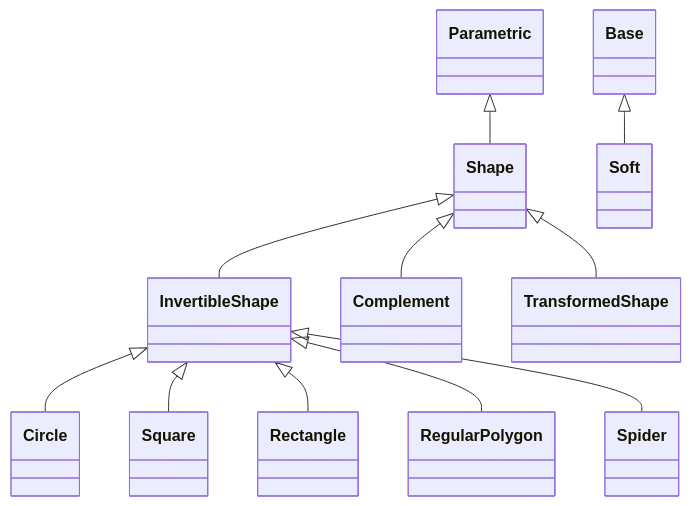
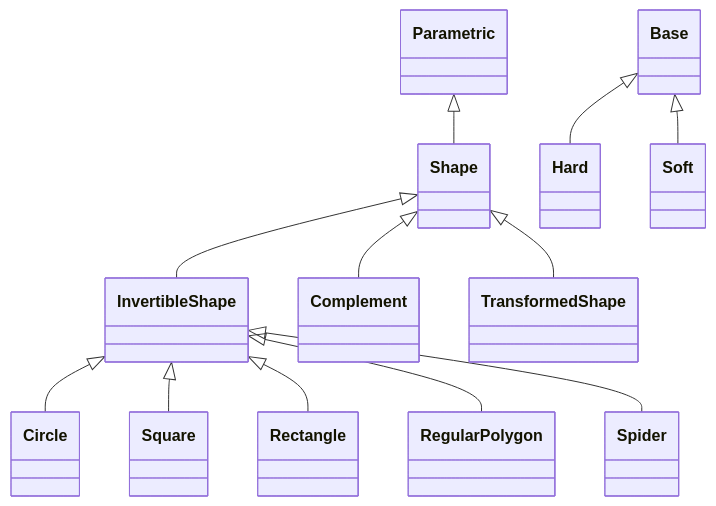
The diagram in docs/API/parametric/shapes.md (LouisDesdoigts/dLux), drawn with Mermaid before and after one commit. The commit also changed other lines of this file and 103 other files, not shown here.

````diff
--- a/docs/API/parametric/shapes.md
+++ b/docs/API/parametric/shapes.md
@@ -5,35 +5,38 @@
 ```mermaid
 classDiagram
     class dLux_parametric_shapes_Shape["Shape"]
     class dLux_parametric_shapes_InvertibleShape["InvertibleShape"]
+    class dLux_parametric_shapes_Hard["Hard"]
     class dLux_parametric_shapes_Soft["Soft"]
     class dLux_parametric_shapes_Circle["Circle"]
     class dLux_parametric_shapes_Square["Square"]
     class dLux_parametric_shapes_Rectangle["Rectangle"]
     class dLux_parametric_shapes_RegularPolygon["RegularPolygon"]
     class dLux_parametric_shapes_Spider["Spider"]
     class dLux_parametric_shapes_Complement["Complement"]
     class dLux_parametric_shapes_TransformedShape["TransformedShape"]
+    class dLux_base_Base["Base"]
     class dLux_parametric_parametrics_Parametric["Parametric"]
-    class zodiax_base_Base["Base"]
     dLux_parametric_parametrics_Parametric <|-- dLux_parametric_shapes_Shape
     click dLux_parametric_shapes_Shape href "#dLux.parametric.shapes.Shape" "Properties: extent"
     dLux_parametric_shapes_Shape <|-- dLux_parametric_shapes_InvertibleShape
     click dLux_parametric_shapes_InvertibleShape href "#dLux.parametric.shapes.InvertibleShape" "Attributes: edge, invert · Methods: evaluate(), evaluate_hard(), evaluate_soft()"
-    zodiax_base_Base <|-- dLux_parametric_shapes_Soft
+    dLux_base_Base <|-- dLux_parametric_shapes_Hard
+    click dLux_parametric_shapes_Hard href "#dLux.parametric.shapes.Hard" "No direct public attributes or methods"
+    dLux_base_Base <|-- dLux_parametric_shapes_Soft
     click dLux_parametric_shapes_Soft href "#dLux.parametric.shapes.Soft" "Attributes: pixels · Methods: clip()"
     dLux_parametric_shapes_InvertibleShape <|-- dLux_parametric_shapes_Circle
     click dLux_parametric_shapes_Circle href "#dLux.parametric.shapes.Circle" "Attributes: diameter · Properties: extent · Methods: evaluate_hard(), evaluate_soft()"
     dLux_parametric_shapes_InvertibleShape <|-- dLux_parametric_shapes_Square
     click dLux_parametric_shapes_Square href "#dLux.parametric.shapes.Square" "Attributes: width · Properties: extent · Methods: evaluate_hard(), evaluate_soft()"
     dLux_parametric_shapes_InvertibleShape <|-- dLux_parametric_shapes_Rectangle
     click dLux_parametric_shapes_Rectangle href "#dLux.parametric.shapes.Rectangle" "Attributes: width, height · Properties: extent · Methods: evaluate_hard(), evaluate_soft()"
     dLux_parametric_shapes_InvertibleShape <|-- dLux_parametric_shapes_RegularPolygon
     click dLux_parametric_shapes_RegularPolygon href "#dLux.parametric.shapes.RegularPolygon" "Attributes: diameter, nsides · Properties: extent · Methods: evaluate_hard(), evaluate_soft()"
     dLux_parametric_shapes_InvertibleShape <|-- dLux_parametric_shapes_Spider
     click dLux_parametric_shapes_Spider href "#dLux.parametric.shapes.Spider" "Attributes: width, angles · Methods: evaluate_hard(), evaluate_soft()"
     dLux_parametric_shapes_Shape <|-- dLux_parametric_shapes_Complement
     click dLux_parametric_shapes_Complement href "#dLux.parametric.shapes.Complement" "Attributes: shape · Properties: extent · Methods: evaluate()"
     dLux_parametric_shapes_Shape <|-- dLux_parametric_shapes_TransformedShape
     click dLux_parametric_shapes_TransformedShape href "#dLux.parametric.shapes.TransformedShape" "Attributes: shape, transformation · Properties: extent · Methods: evaluate()"
 ```
````
